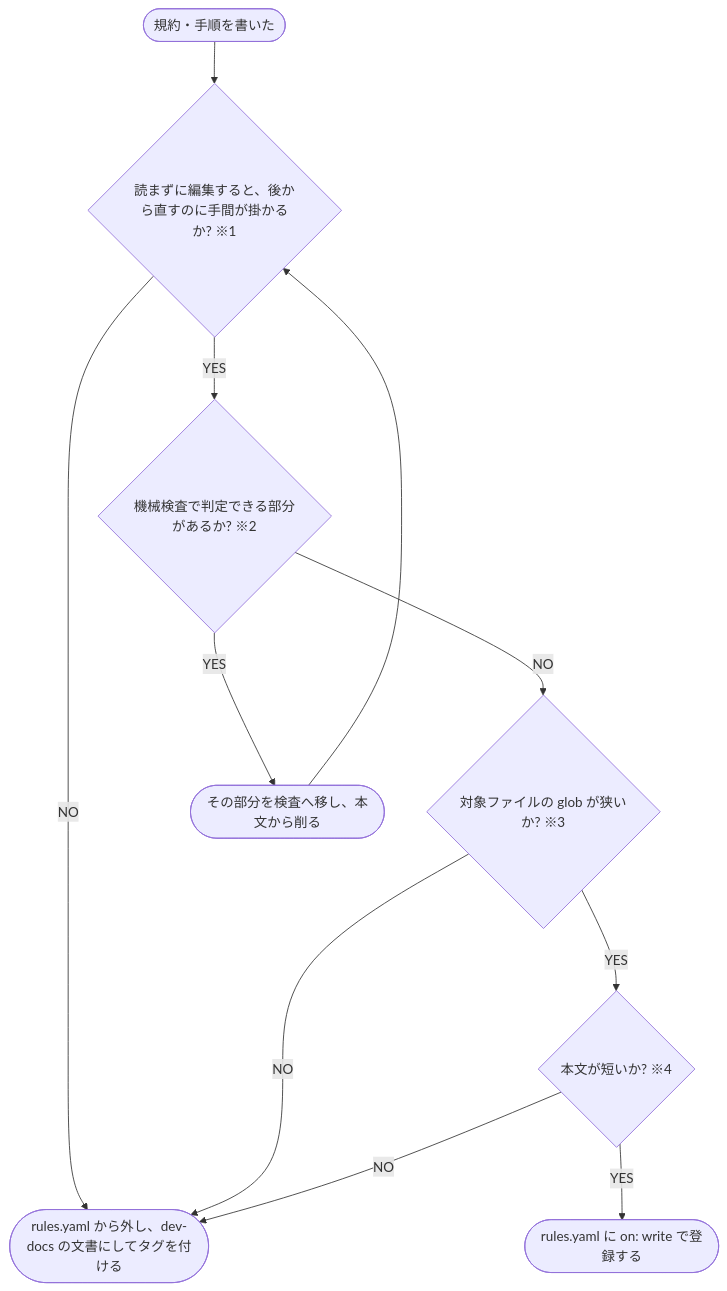
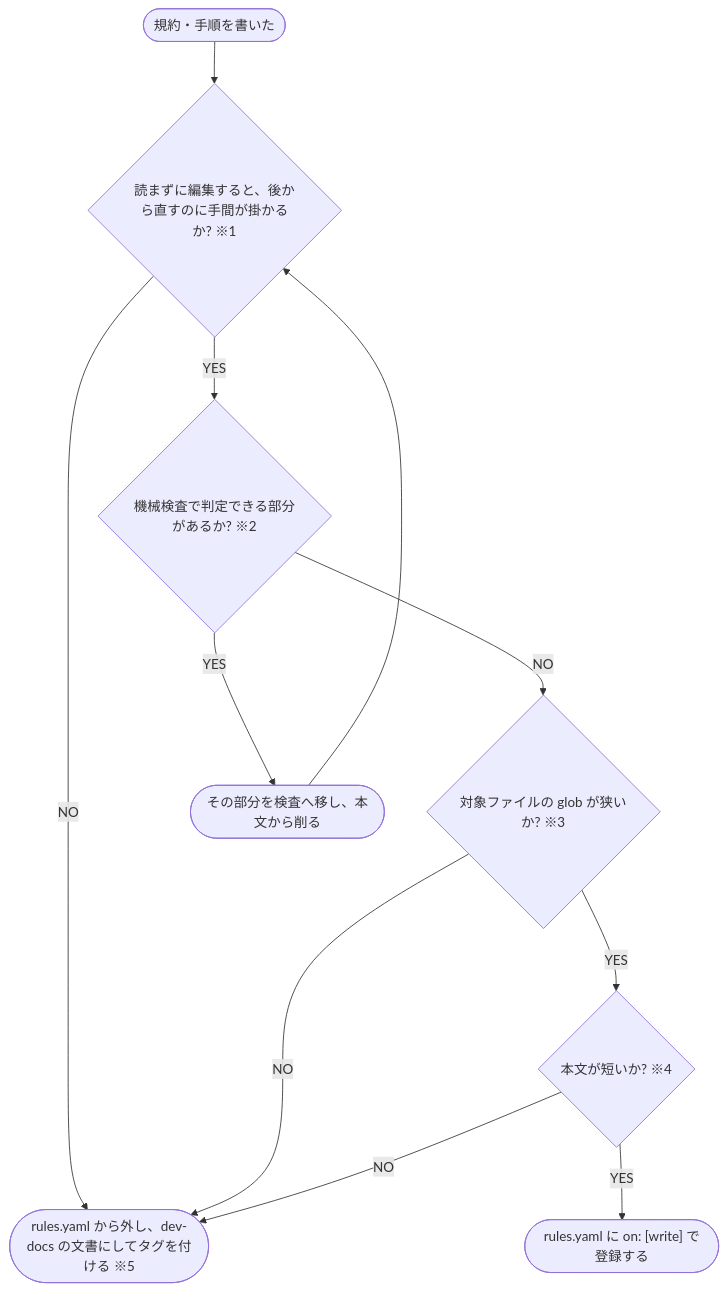
The diagram in docs/使い方/ルールにするか文書にするかを決める.md (shuhei1101/rule-inject), drawn with Mermaid before and after one commit. The commit also changed other lines of this file and 1 other file, not shown here.

````diff
--- a/docs/使い方/ルールにするか文書にするかを決める.md
+++ b/docs/使い方/ルールにするか文書にするかを決める.md
@@ -5,23 +5,23 @@
 ```mermaid
 flowchart TD
   START([規約・手順を書いた])
   Q1{読まずに編集すると、後から直すのに手間が掛かるか? ※1}
   Q2{機械検査で判定できる部分があるか? ※2}
   Q3{対象ファイルの glob が狭いか? ※3}
   Q4{本文が短いか? ※4}
 
   A1([その部分を検査へ移し、本文から削る])
-  R1([rules.yaml に on: write で登録する])
-  R2([rules.yaml から外し、dev-docs の文書にしてタグを付ける])
+  R1(["rules.yaml に on: [write] で登録する"])
+  R2([rules.yaml から外し、dev-docs の文書にしてタグを付ける ※5])
 
   START --> Q1
   Q1 -->|NO| R2
   Q1 -->|YES| Q2
   Q2 -->|NO| Q3
   Q2 -->|YES| A1
   A1 --> Q1
   Q3 -->|NO| R2
   Q3 -->|YES| Q4
   Q4 -->|YES| R1
   Q4 -->|NO| R2
 ```
````
